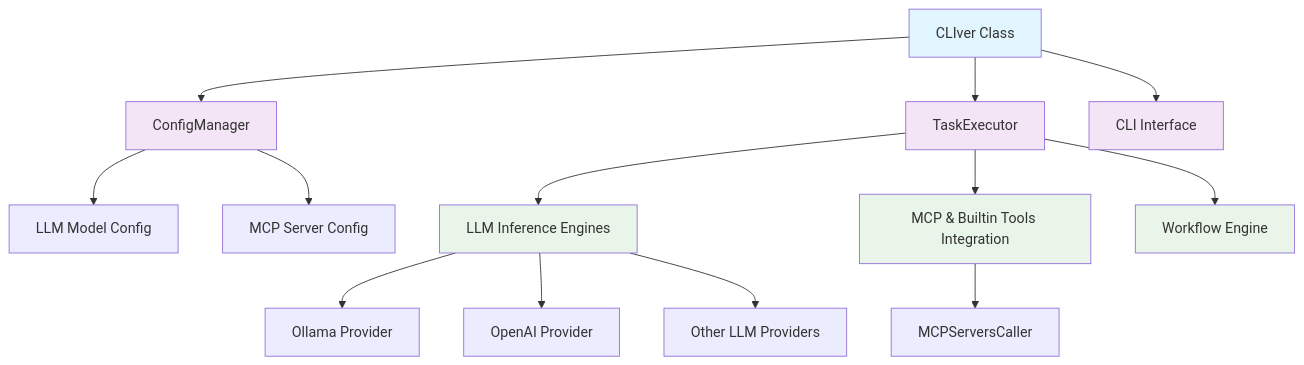
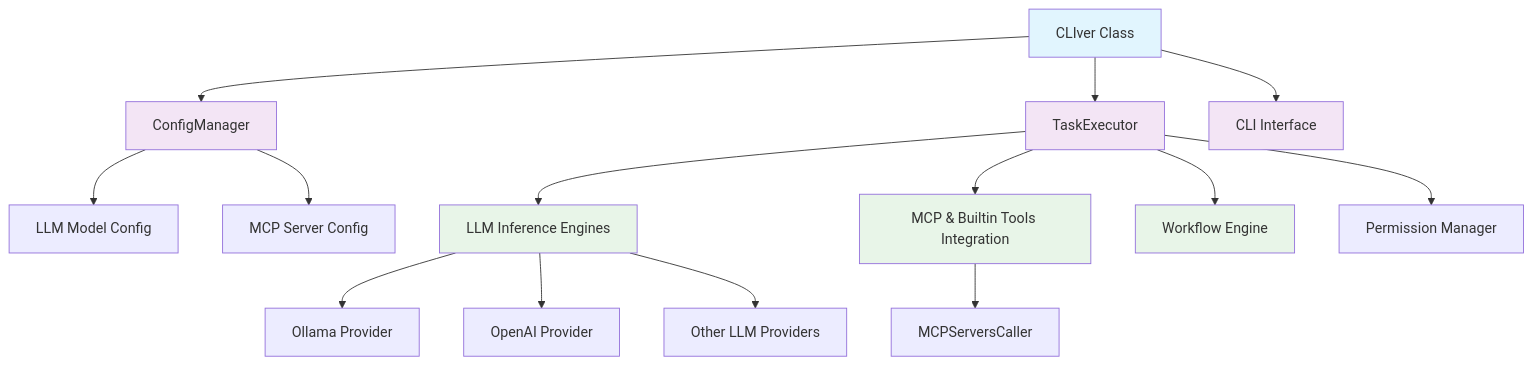
The diagram in docs/overview.md (cliver-project/CLIver), drawn with Mermaid before and after one commit. The commit also changed other lines of this file and 3 other files, not shown here.

First line of the commit message:
docs: add permissions documentation and update architecture overview

````diff
--- a/docs/overview.md
+++ b/docs/overview.md
@@ -41,27 +41,28 @@
 ```mermaid
 graph TD
     A[CLIver Class] --> B[ConfigManager]
     A --> C[TaskExecutor]
     A --> D[CLI Interface]
 
     B --> E[LLM Model Config]
     B --> F[MCP Server Config]
 
     C --> G[LLM Inference Engines]
     C --> H[MCP & Builtin Tools Integration]
     C --> I[Workflow Engine]
+    C --> N[Permission Manager]
 
     G --> J[Ollama Provider]
     G --> K[OpenAI Provider]
     G --> L[Other LLM Providers]
 
     H --> M[MCPServersCaller]
 
     style A fill:#e1f5fe
     style B fill:#f3e5f5
     style C fill:#f3e5f5
     style D fill:#f3e5f5
     style G fill:#e8f5e8
     style H fill:#e8f5e8
     style I fill:#e8f5e8
 ```
````
